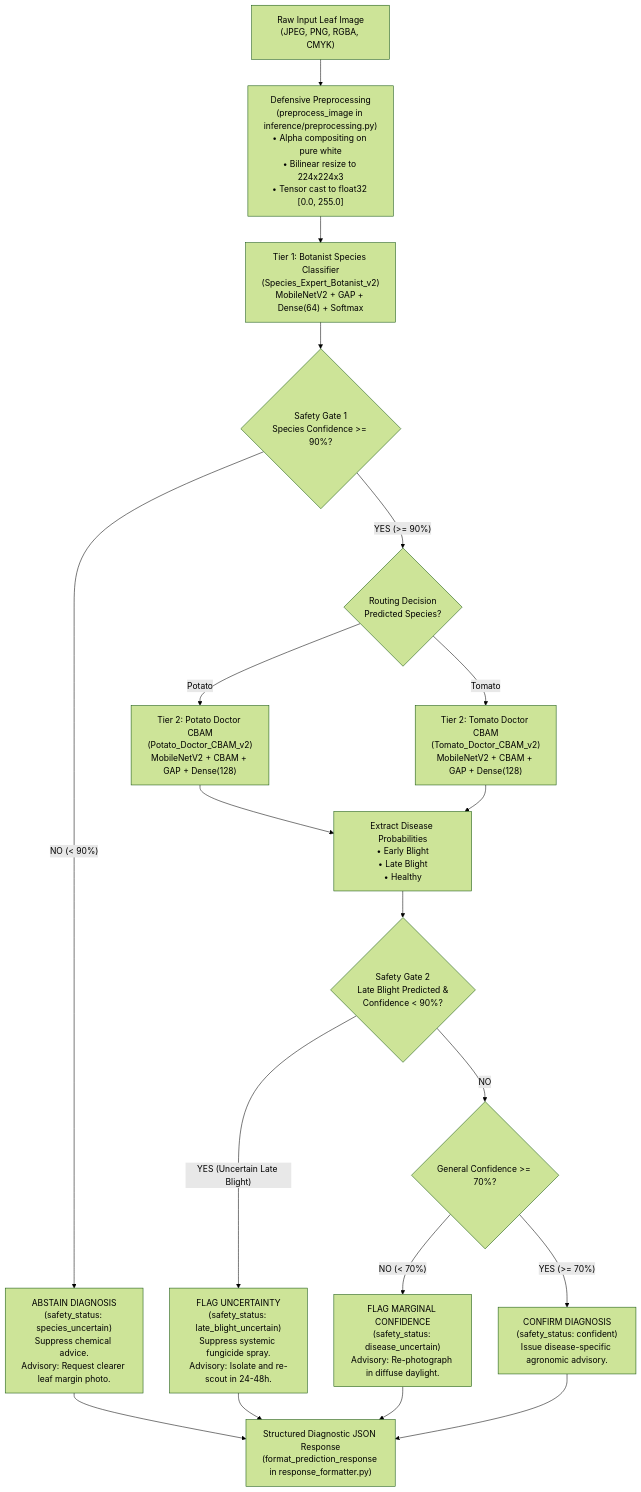
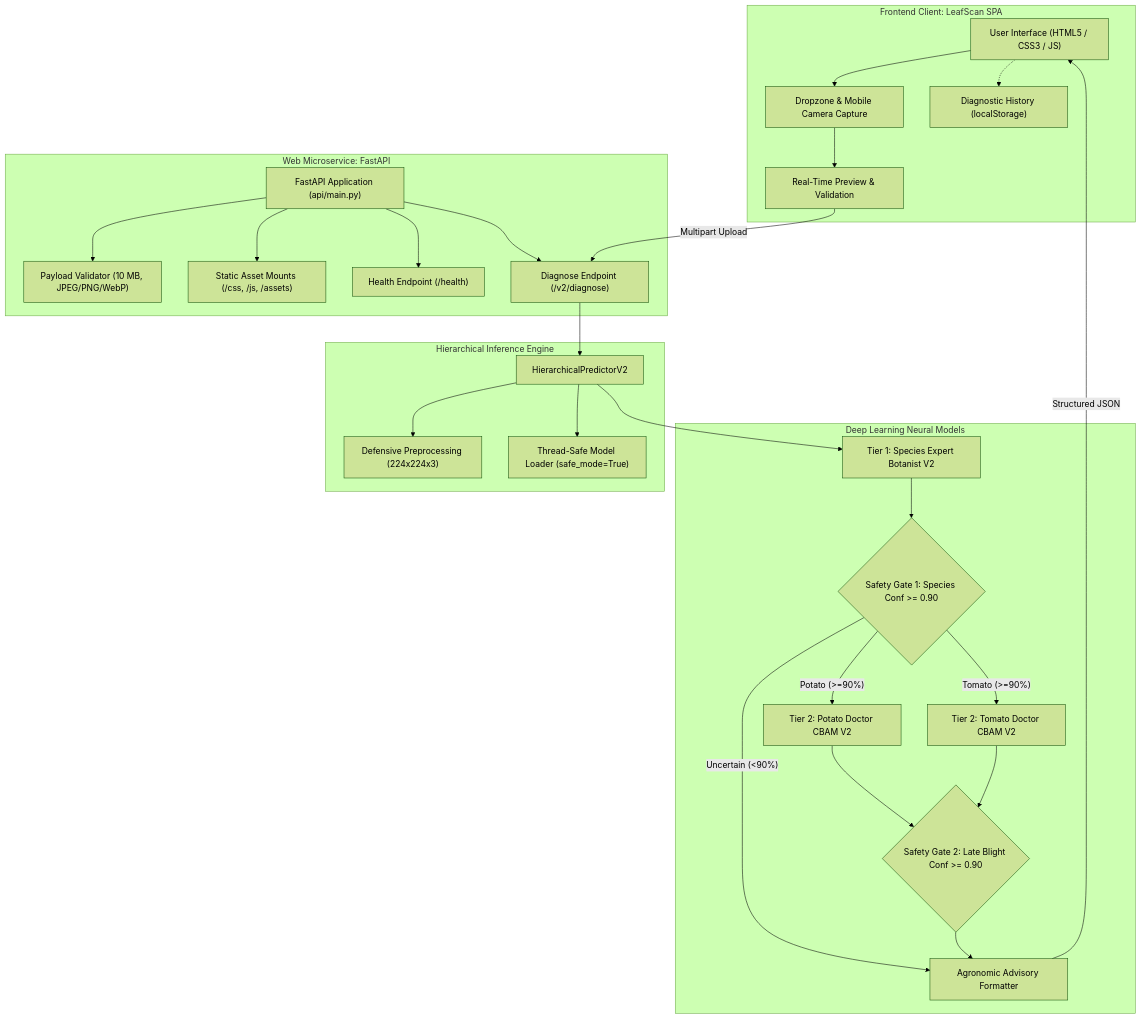
The first of 7 diagrams in docs/FINAL_PROJECT_ANALYSIS_REPORT.md (ranitadhikari2023/plant-disease-detection), drawn with Mermaid (forest theme) before and after one commit. The commit also changed other lines of this file and 93 other files, not shown here.

First line of the commit message:
feat(phase-4): modernize LeafScan SPA with React 18, TypeScript, and Vite

````diff
--- a/docs/FINAL_PROJECT_ANALYSIS_REPORT.md
+++ b/docs/FINAL_PROJECT_ANALYSIS_REPORT.md
@@ -304,33 +812,53 @@
 ```mermaid
 flowchart TD
-    A["Raw Input Leaf Image<br/>(JPEG, PNG, RGBA, CMYK)"] --> B["Defensive Preprocessing<br/>(preprocess_image in inference/preprocessing.py)<br/>• Alpha compositing on pure white<br/>• Bilinear resize to 224x224x3<br/>• Tensor cast to float32 [0.0, 255.0]"]
-    
-    B --> C["Tier 1: Botanist Species Classifier<br/>(Species_Expert_Botanist_v2)<br/>MobileNetV2 + GAP + Dense(64) + Softmax"]
-    
-    C --> D{"Safety Gate 1<br/>Species Confidence >= 90%?"}
-    
-    D -- "NO (< 90%)" --> E["ABSTAIN DIAGNOSIS<br/>(safety_status: species_uncertain)<br/>Suppress chemical advice.<br/>Advisory: Request clearer leaf margin photo."]
-    
-    D -- "YES (>= 90%)" --> F{"Routing Decision<br/>Predicted Species?"}
-    
-    F -- "Potato" --> G["Tier 2: Potato Doctor CBAM<br/>(Potato_Doctor_CBAM_v2)<br/>MobileNetV2 + CBAM + GAP + Dense(128)"]
-    F -- "Tomato" --> H["Tier 2: Tomato Doctor CBAM<br/>(Tomato_Doctor_CBAM_v2)<br/>MobileNetV2 + CBAM + GAP + Dense(128)"]
-    
-    G --> I["Extract Disease Probabilities<br/>• Early Blight<br/>• Late Blight<br/>• Healthy"]
-    H --> I
-    
-    I --> J{"Safety Gate 2<br/>Late Blight Predicted &<br/>Confidence < 90%?"}
-    
-    J -- "YES (Uncertain Late Blight)" --> K["FLAG UNCERTAINTY<br/>(safety_status: late_blight_uncertain)<br/>Suppress systemic fungicide spray.<br/>Advisory: Isolate and re-scout in 24-48h."]
-    
-    J -- "NO" --> L{"General Confidence >= 70%?"}
-    
-    L -- "NO (< 70%)" --> M["FLAG MARGINAL CONFIDENCE<br/>(safety_status: disease_uncertain)<br/>Advisory: Re-photograph in diffuse daylight."]
-    
-    L -- "YES (>= 70%)" --> N["CONFIRM DIAGNOSIS<br/>(safety_status: confident)<br/>Issue disease-specific agronomic advisory."]
-    
-    E --> O["Structured Diagnostic JSON Response<br/>(format_prediction_response in response_formatter.py)"]
-    K --> O
-    M --> O
-    N --> O
+    subgraph Client ["Frontend Client: LeafScan SPA"]
+        UI["User Interface (HTML5 / CSS3 / JS)"]
+        DZ["Dropzone & Mobile Camera Capture"]
+        PREV["Real-Time Preview & Validation"]
+        HIST["Diagnostic History (localStorage)"]
+        UI --> DZ --> PREV
+        UI -.-> HIST
+    end
+
+    subgraph Service ["Web Microservice: FastAPI"]
+        API["FastAPI Application (api/main.py)"]
+        VAL["Payload Validator (10 MB, JPEG/PNG/WebP)"]
+        STAT["Static Asset Mounts (/css, /js, /assets)"]
+        HEALTH["Health Endpoint (/health)"]
+        DIAG["Diagnose Endpoint (/v2/diagnose)"]
+        API --> VAL
+        API --> STAT
+        API --> HEALTH
+        API --> DIAG
+    end
+
+    subgraph Engine ["Hierarchical Inference Engine"]
+        PRED["HierarchicalPredictorV2"]
+        PREPROC["Defensive Preprocessing (224x224x3)"]
+        LOADER["Thread-Safe Model Loader (safe_mode=True)"]
+        DIAG --> PRED
+        PRED --> PREPROC
+        PRED --> LOADER
+    end
+
+    subgraph Models ["Deep Learning Neural Models"]
+        SP_M["Tier 1: Species Expert Botanist V2"]
+        GATE1{"Safety Gate 1: Species Conf >= 0.90"}
+        POT_M["Tier 2: Potato Doctor CBAM V2"]
+        TOM_M["Tier 2: Tomato Doctor CBAM V2"]
+        GATE2{"Safety Gate 2: Late Blight Conf >= 0.90"}
+        ADVISORY["Agronomic Advisory Formatter"]
+
+        PRED --> SP_M
+        SP_M --> GATE1
+        GATE1 -- "Uncertain (<90%)" --> ADVISORY
+        GATE1 -- "Potato (>=90%)" --> POT_M
+        GATE1 -- "Tomato (>=90%)" --> TOM_M
+        POT_M --> GATE2
+        TOM_M --> GATE2
+        GATE2 --> ADVISORY
+    end
+
+    PREV -- "Multipart Upload" --> DIAG
+    ADVISORY -- "Structured JSON" --> UI
 ```
````
